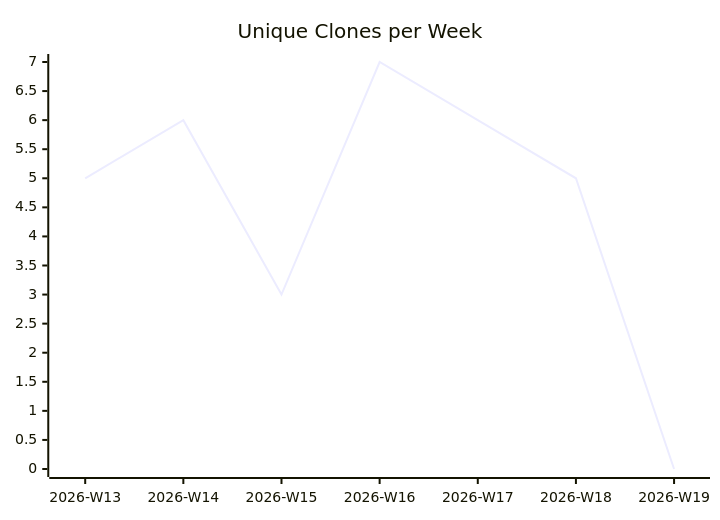
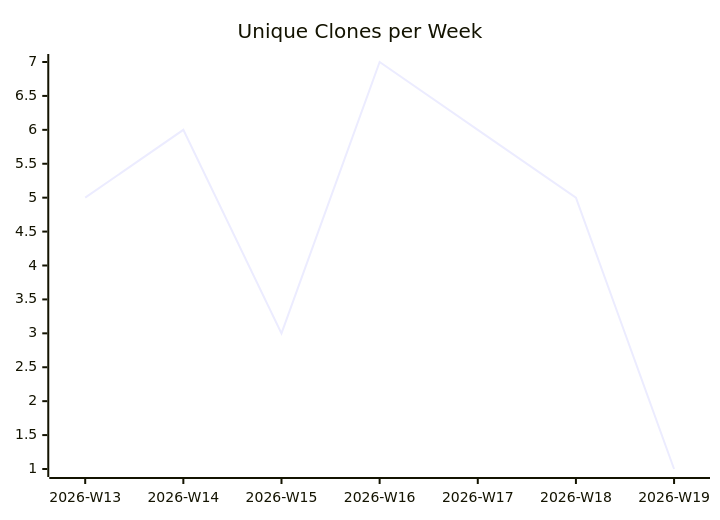
Before and after one commit to justdavis-family/github-analytics-data: the third of 3 diagrams in karlmdavis/kxml2/README.md, drawn with Mermaid. The commit also changed other lines of this file and 187 other files, not shown here.

````diff
--- a/karlmdavis/kxml2/README.md
+++ b/karlmdavis/kxml2/README.md
@@ -19,6 +19,6 @@
 ```mermaid
 xychart-beta
   title "Unique Clones per Week"
   x-axis ["2026-W13", "2026-W14", "2026-W15", "2026-W16", "2026-W17", "2026-W18", "2026-W19"]
-  line [5, 6, 3, 7, 6, 5, 0]
+  line [5, 6, 3, 7, 6, 5, 1]
 ```
````
